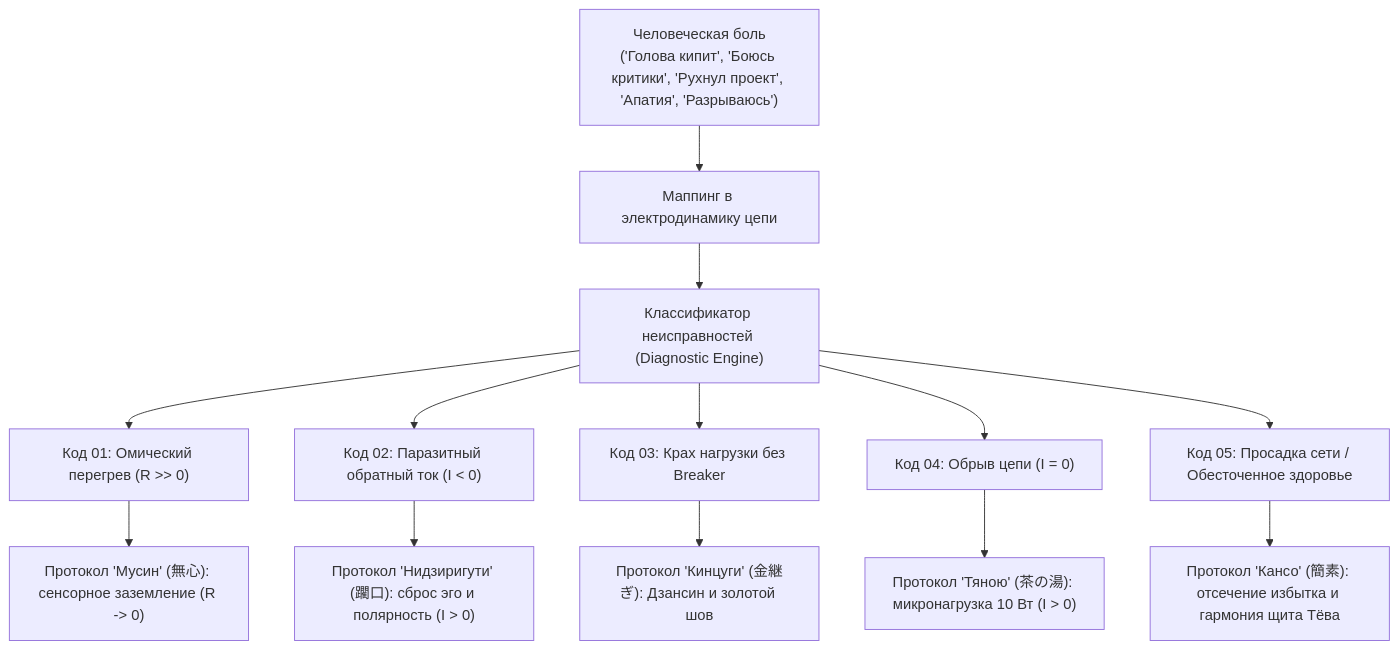
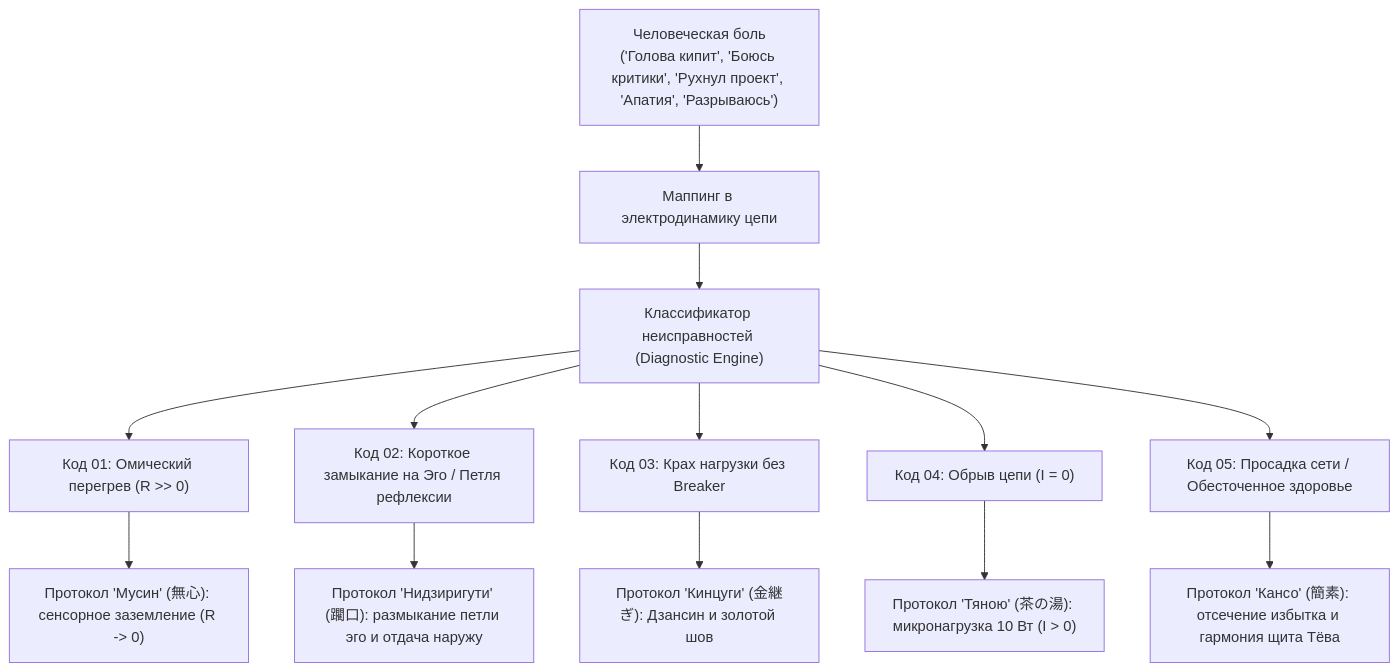
The first of 2 diagrams in wiki/06-diagnostic-machine.md (vsanyanov-ux/inner-current), drawn with Mermaid before and after one commit. The commit also changed other lines of this file and 81 other files, not shown here.

Commit message:
feat(core): v1.4.0 - Zen architecture refactoring, pure physics engine, telemetry validation and domain registries

````diff
--- a/wiki/06-diagnostic-machine.md
+++ b/wiki/06-diagnostic-machine.md
@@ -24,16 +24,16 @@
 ```mermaid
 flowchart TD
     State["Человеческая боль<br/>('Голова кипит', 'Боюсь критики', 'Рухнул проект', 'Апатия', 'Разрываюсь')"] --> Telemetry["Маппинг в электродинамику цепи"]
     Telemetry --> Classifier["Классификатор неисправностей (Diagnostic Engine)"]
     Classifier --> D1["Код 01: Омический перегрев (R >> 0)"]
-    Classifier --> D2["Код 02: Паразитный обратный ток (I < 0)"]
+    Classifier --> D2["Код 02: Короткое замыкание на Эго / Петля рефлексии"]
     Classifier --> D3["Код 03: Крах нагрузки без Breaker"]
     Classifier --> D4["Код 04: Обрыв цепи (I = 0)"]
     Classifier --> D5["Код 05: Просадка сети / Обесточенное здоровье"]
 
     D1 --> Fix1["Протокол 'Мусин' (無心): сенсорное заземление (R -> 0)"]
-    D2 --> Fix2["Протокол 'Нидзиригути' (躙口): сброс эго и полярность (I > 0)"]
+    D2 --> Fix2["Протокол 'Нидзиригути' (躙口): размыкание петли эго и отдача наружу"]
     D3 --> Fix3["Протокол 'Кинцуги' (金継ぎ): Дзансин и золотой шов"]
     D4 --> Fix4["Протокол 'Тяною' (茶の湯): микронагрузка 10 Вт (I > 0)"]
     D5 --> Fix5["Протокол 'Кансо' (簡素): отсечение избытка и гармония щита Тёва"]
 ```
````
